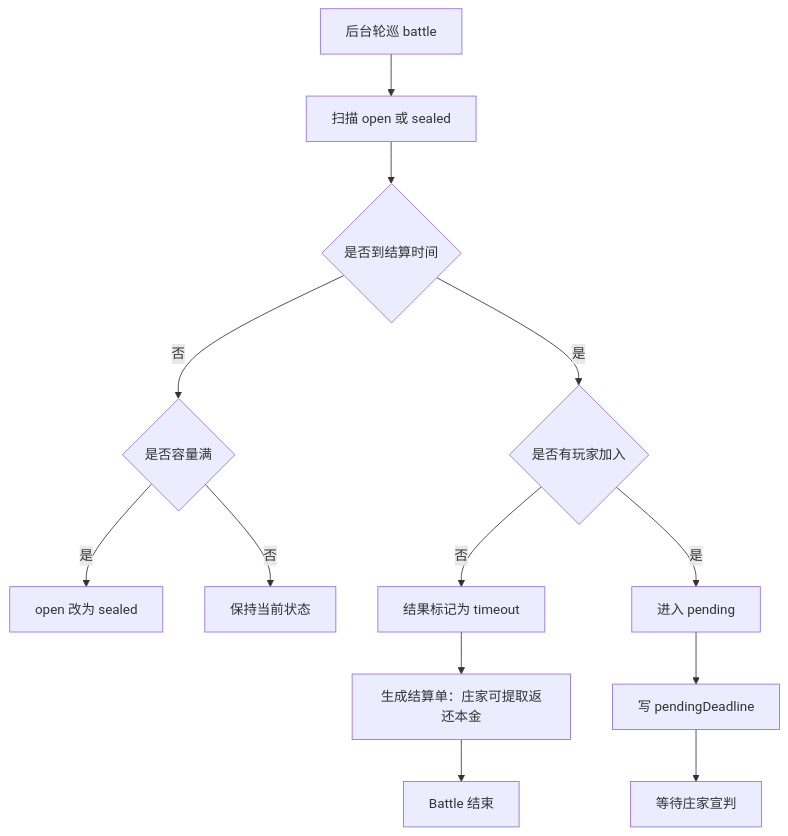
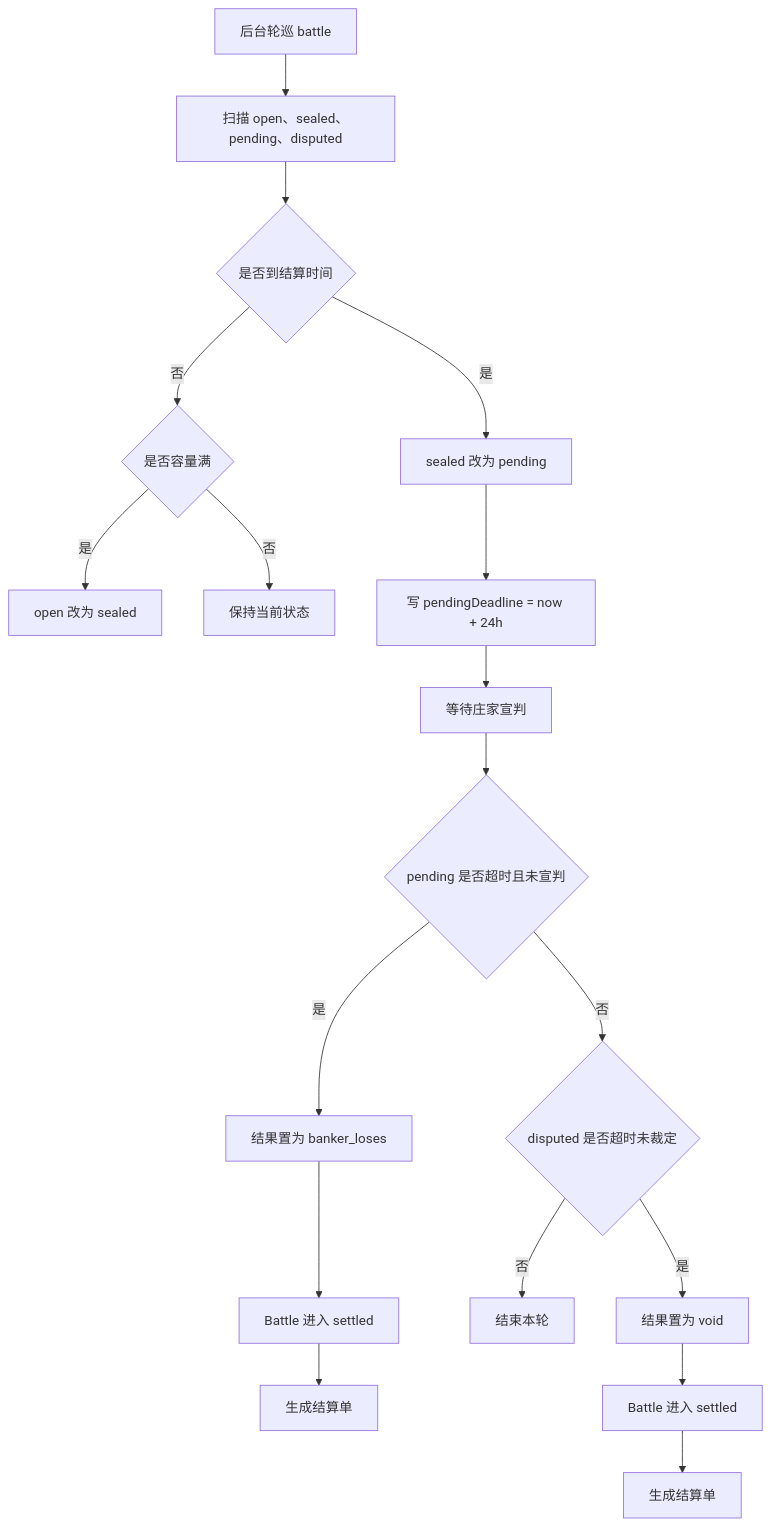
The third of 9 diagrams in prompt/project/开战广场/01-流程图.md (maoshuo1988/turtlepoll), drawn with Mermaid before and after one commit. The commit also changed other lines of this file and 23 other files, not shown here.

````diff
--- a/prompt/project/开战广场/01-流程图.md
+++ b/prompt/project/开战广场/01-流程图.md
@@ -58,15 +58,20 @@
 ```mermaid
 flowchart TD
-  A["后台轮巡 battle"] --> B["扫描 open 或 sealed"]
+  A["后台轮巡 battle"] --> B["扫描 open、sealed、pending、disputed"]
   B --> C{"是否到结算时间"}
   C -- "否" --> D{"是否容量满"}
   D -- "是" --> E["open 改为 sealed"]
   D -- "否" --> F["保持当前状态"]
-  C -- "是" --> G{"是否有玩家加入"}
-  G -- "否" --> H["结果标记为 timeout"]
-  H --> I["生成结算单：庄家可提取返还本金"]
-  I --> M["Battle 结束"]
-  G -- "是" --> J["进入 pending"]
-  J --> K["写 pendingDeadline"]
-  K --> L["等待庄家宣判"]
+  C -- "是" --> G["sealed 改为 pending"]
+  G --> H["写 pendingDeadline = now + 24h"]
+  H --> I["等待庄家宣判"]
+  I --> J{"pending 是否超时且未宣判"}
+  J -- "否" --> K{"disputed 是否超时未裁定"}
+  J -- "是" --> L["结果置为 banker_loses"]
+  L --> M["Battle 进入 settled"]
+  M --> N["生成结算单"]
+  K -- "否" --> O["结束本轮"]
+  K -- "是" --> P["结果置为 void"]
+  P --> Q["Battle 进入 settled"]
+  Q --> R["生成结算单"]
 ```
````
